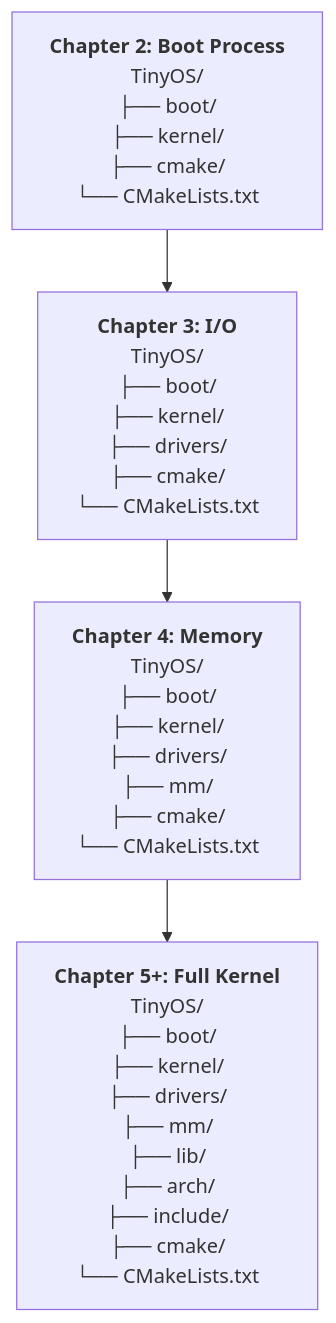
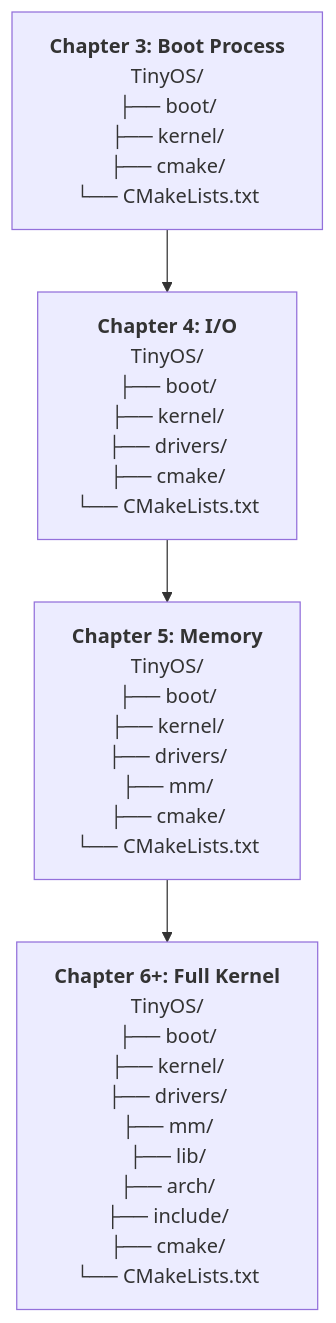
One commit to FrederikTobner/JANUS changed the diagram in book/src/chapter-02-getting-started/project-setup.md. Above: the diagram before and after it, drawn with Mermaid. The commit also changed other lines of this file and 11 other files, not shown here.

````diff
--- a/book/src/chapter-02-getting-started/project-setup.md
+++ b/book/src/chapter-02-getting-started/project-setup.md
@@ -16,11 +18,11 @@
 ```mermaid
 graph TD
-    CH2["<b>Chapter 2: Boot Process</b><br/>TinyOS/<br/>├── boot/<br/>├── kernel/<br/>├── cmake/<br/>└── CMakeLists.txt"]
-    CH3["<b>Chapter 3: I/O</b><br/>TinyOS/<br/>├── boot/<br/>├── kernel/<br/>├── drivers/<br/>├── cmake/<br/>└── CMakeLists.txt"]
-    CH4["<b>Chapter 4: Memory</b><br/>TinyOS/<br/>├── boot/<br/>├── kernel/<br/>├── drivers/<br/>├── mm/<br/>├── cmake/<br/>└── CMakeLists.txt"]
-    CH5["<b>Chapter 5+: Full Kernel</b><br/>TinyOS/<br/>├── boot/<br/>├── kernel/<br/>├── drivers/<br/>├── mm/<br/>├── lib/<br/>├── arch/<br/>├── include/<br/>├── cmake/<br/>└── CMakeLists.txt"]
+    CH2["<b>Chapter 3: Boot Process</b><br/>TinyOS/<br/>├── boot/<br/>├── kernel/<br/>├── cmake/<br/>└── CMakeLists.txt"]
+    CH3["<b>Chapter 4: I/O</b><br/>TinyOS/<br/>├── boot/<br/>├── kernel/<br/>├── drivers/<br/>├── cmake/<br/>└── CMakeLists.txt"]
+    CH4["<b>Chapter 5: Memory</b><br/>TinyOS/<br/>├── boot/<br/>├── kernel/<br/>├── drivers/<br/>├── mm/<br/>├── cmake/<br/>└── CMakeLists.txt"]
+    CH5["<b>Chapter 6+: Full Kernel</b><br/>TinyOS/<br/>├── boot/<br/>├── kernel/<br/>├── drivers/<br/>├── mm/<br/>├── lib/<br/>├── arch/<br/>├── include/<br/>├── cmake/<br/>└── CMakeLists.txt"]
     
     CH2 --> CH3
     CH3 --> CH4
     CH4 --> CH5
 ```
````
